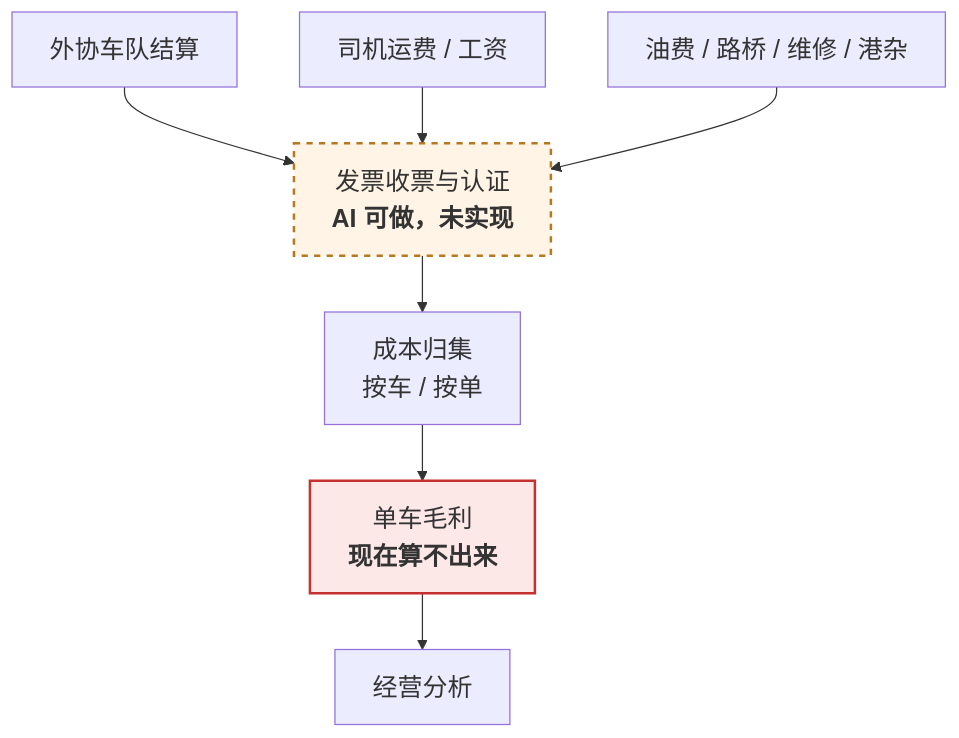
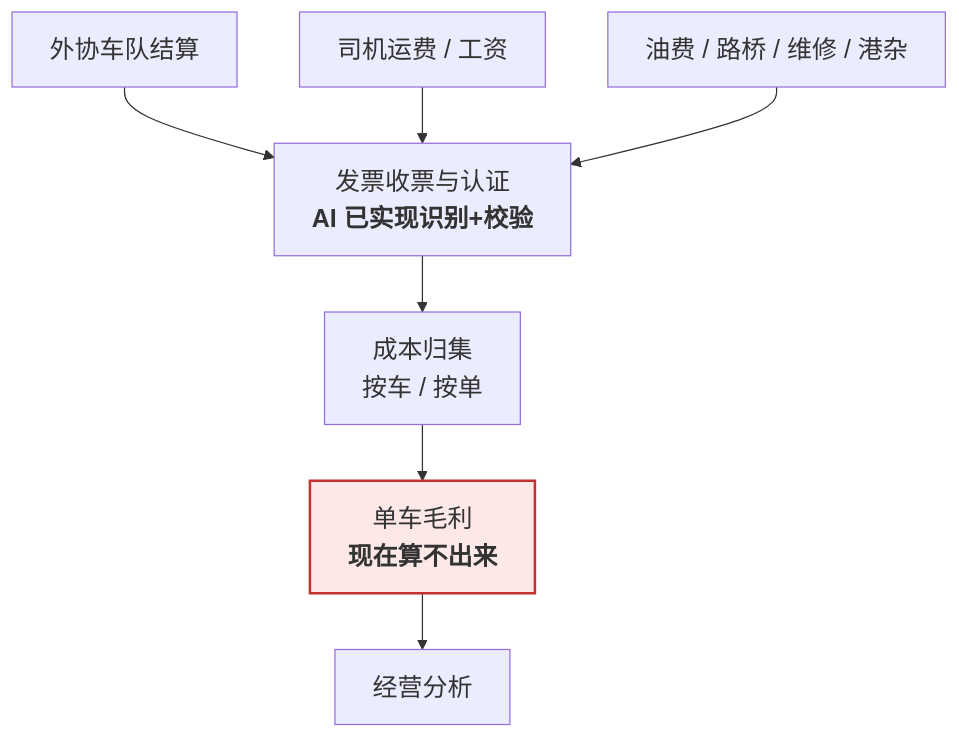
Before and after one commit to roma007/Enterprise-AI: the third of 4 diagrams in 会客包/10_业务与财务流程图.md, drawn with Mermaid. The commit also changed other lines of this file and 11 other files, not shown here.

````diff
--- a/会客包/10_业务与财务流程图.md
+++ b/会客包/10_业务与财务流程图.md
@@ -95,22 +95,21 @@
 ```mermaid
 %%{init: {"themeVariables": {"fontSize": "20px", "fontFamily": "-apple-system, \"PingFang SC\", sans-serif"}, "flowchart": {"useMaxWidth": false, "nodeSpacing": 50, "rankSpacing": 45, "wrappingWidth": 340, "htmlLabels": true}}}%%
 flowchart TB
   P1["外协车队结算"]
   P2["司机运费 / 工资"]
   P3["油费 / 路桥 / 维修 / 港杂"]
-  P4["发票收票与认证<br/><b>AI 可做，未实现</b>"]
+  P4["发票收票与认证<br/><b>AI 已实现识别+校验</b>"]
   S1["成本归集<br/>按车 / 按单"]
   S2["单车毛利<br/><b>现在算不出来</b>"]
   S3["经营分析"]
 
   P1 --> P4
   P2 --> P4
   P3 --> P4
   P4 --> S1 --> S2 --> S3
 
   classDef plan fill:#fff4e5,stroke:#b7791f,stroke-width:2px,stroke-dasharray:5 5
   classDef pain fill:#fde8e8,stroke:#c53030,stroke-width:2px
 
-  class P4 plan
   class S2 pain
 ```
````
